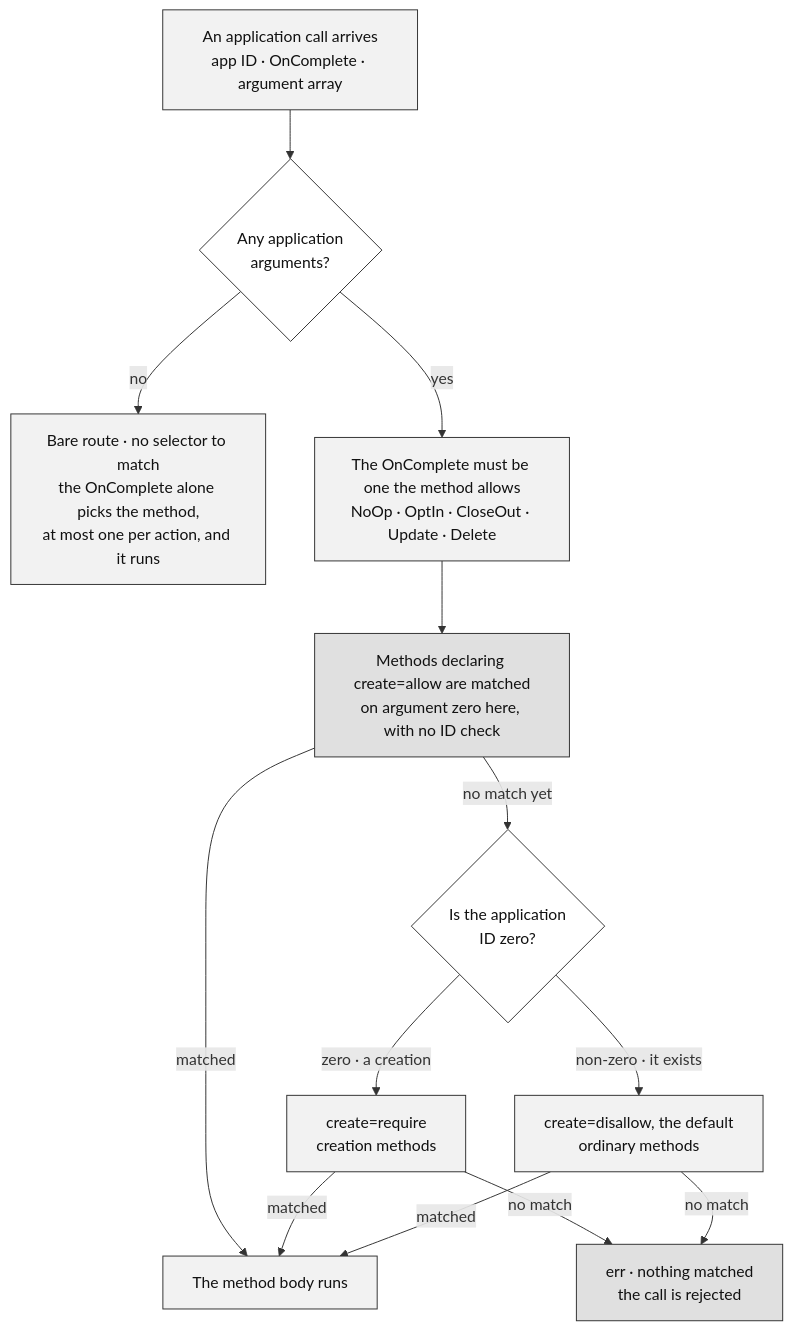
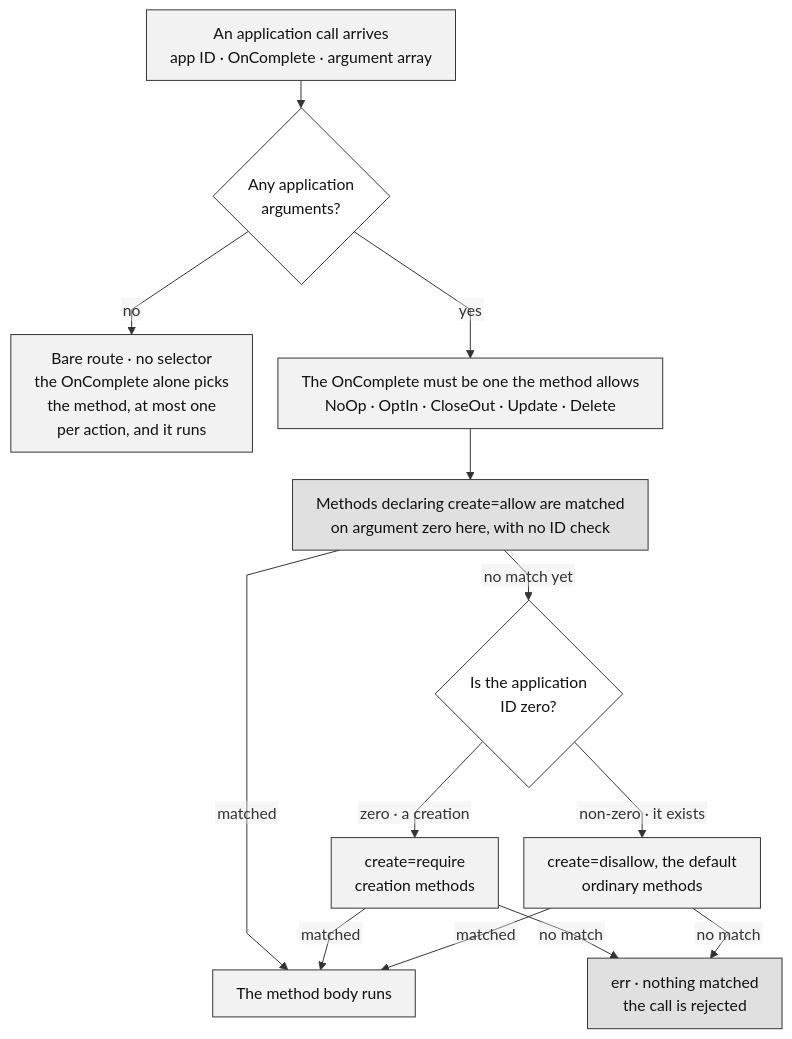
One commit to m1o1/building-on-algo changed the diagram in figures/src/router-decision.mmd. Above: the diagram before and after it, drawn with Mermaid. The commit also changed 56 other files, not shown here.

```diff
--- a/figures/src/router-decision.mmd
+++ b/figures/src/router-decision.mmd
@@ -1,44 +1,78 @@
 %% The generated router, drawn in the order it actually asks its questions.
 %% The mistake this diagram exists to prevent is the belief that a method is
 %% selected by its name. Three things select it, in this order: whether the
 %% call carries arguments at all, whether its OnComplete is one the method
 %% allows, and only then the four bytes in argument zero. The application-ID
 %% check is a separate question asked afterwards -- which is why a method that
 %% opts out of it with create=allow is matched before the question is put.
 %% .
 %% Two diamonds only, and the OnComplete filter is a rectangle: a Mermaid
 %% diamond holding three lines of text is roughly three times the height of a
 %% rectangle holding the same text, and this figure has to fit on one page.
 %% Flowchart rather than stateDiagram-v2, and no subgraphs: a subgraph's own
 %% direction is ignored once edges cross its boundary.
+%% .
+%% THE CANVAS WIDTH IS A TYPE SIZE. The book scales every figure to the 470.4pt
+%% text width and never scales one up, so a diagram's on-page type is
+%% font_px x 470.4 / width_px, which reduces to font_px >= width_px / 58.8 for
+%% the house's 8pt floor. Mermaid sets everything here at 15px, so the canvas
+%% has to come in under 882px; at 966px it set at 7.30pt and failed.
+%% .
+%% THE LEFT-HAND LEAF SETS THE WHOLE WIDTH, ONE PIXEL FOR ONE PIXEL. Measured on
+%% the rendered SVG: node width is the longest line's text plus 48px, and 15px
+%% DejaVu Sans in these labels runs about 8.2px a character, so an n-character
+%% line buys a node of 8.2n + 48. B is a leaf on rank two; dagre puts C beside it
+%% at one nodeSpacing, and D, E, F, G, H and X all hang off C's centre. So every
+%% pixel B loses moves the entire right-hand chain left by the same pixel. B's
+%% longest line was 38 characters, which is a 357px node; re-wrapped to four
+%% lines of 26 it is 259px, and the canvas goes 966px to 846px, where the 15px
+%% text sets at 8.34pt. Nothing else in the figure had to be touched.
+%% .
+%% NARROWING A FIGURE MAKES IT TALLER ON THE PAGE. On-page height is
+%% height_px x 470.4 / width_px, so the same drawing at 846px instead of 966px
+%% occupies 1.14x the page for free. Measured both ways at this width: 1,068px of
+%% canvas is 594.0pt of page at theme.json's rankSpacing of 46, and 960px is
+%% 533.9pt at 28. The figure was 511.6pt before any of this, and it has to fit on
+%% one page with its caption, so the rank spacing comes down here to pay for the
+%% width. nodeSpacing 40 to 26 is the B-to-C and F-to-G gutters, worth a further
+%% 28px of canvas.
+%% .
+%% THE DIRECTIVE REPEATS theme.json's WHOLE flowchart BLOCK, not just the two
+%% keys it changes. htmlLabels: false is load-bearing -- librsvg does not
+%% implement foreignObject, so a true here ships a print edition of empty boxes
+%% -- and repeating the block makes the figure correct whether an init directive
+%% merges into the -c config or replaces that section of it. Check it the way it
+%% was checked here: `grep -c foreignObject figures/out/router-decision.svg`
+%% must be 0 and the file must carry real <text> elements.
+%%{init: {"flowchart": {"curve": "linear", "padding": 12, "nodeSpacing": 26, "rankSpacing": 28, "wrappingWidth": 420, "useMaxWidth": false, "htmlLabels": false}}}%%
 flowchart TB
     T["An application call arrives<br/>app ID · OnComplete · argument array"]
     A{"Any application<br/>arguments?"}
-    B["Bare route · no selector to match<br/>the OnComplete alone picks the method,<br/>at most one per action, and it runs"]
+    B["Bare route · no selector<br/>the OnComplete alone picks<br/>the method, at most one<br/>per action, and it runs"]
     C["The OnComplete must be one the method allows<br/>NoOp · OptIn · CloseOut · Update · Delete"]
     D["Methods declaring create=allow are matched<br/>on argument zero here, with no ID check"]
     E{"Is the application<br/>ID zero?"}
     F["create=require<br/>creation methods"]
     G["create=disallow, the default<br/>ordinary methods"]
     H["The method body runs"]
     X["err · nothing matched<br/>the call is rejected"]
 
     T --> A
     A -->|"no"| B
     A -->|"yes"| C
     C --> D
     D -->|"matched"| H
     D -->|"no match yet"| E
     E -->|"zero · a creation"| F
     E -->|"non-zero · it exists"| G
     F -->|"matched"| H
     G -->|"matched"| H
     F -->|"no match"| X
     G -->|"no match"| X
 
     classDef step fill:#f2f2f2,stroke:#333333,color:#111111
     classDef ask fill:#ffffff,stroke:#333333,color:#111111
     classDef bad fill:#e0e0e0,stroke:#333333,color:#111111
     class T,B,C,F,G,H step
     class A,E ask
     class D,X bad
```
